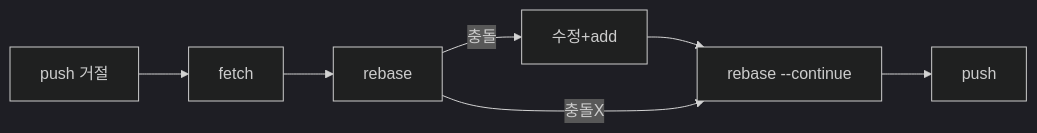
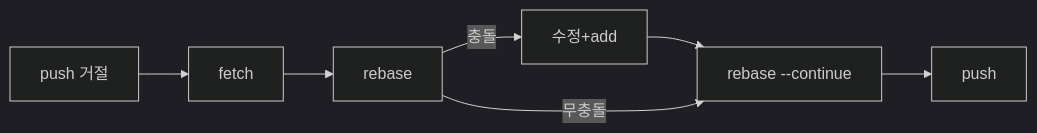
The first of 5 diagrams in content/tools/git_cli/Step5_Git_Practical_Scenarios.md (skycar321/learning-code), drawn with Mermaid (dark theme) before and after one commit. The commit also changed other lines of this file and 39 other files, not shown here.

````diff
--- a/content/tools/git_cli/Step5_Git_Practical_Scenarios.md
+++ b/content/tools/git_cli/Step5_Git_Practical_Scenarios.md
@@ -31,9 +39,9 @@
 ```mermaid
 flowchart LR
   A[push 거절] --> B[fetch]
   B --> C[rebase]
   C -->|충돌| D[수정+add]
   D --> E[rebase --continue]
-  C -->|충돌X| E
+  C -->|무충돌| E
   E --> F[push]
 ```
````
